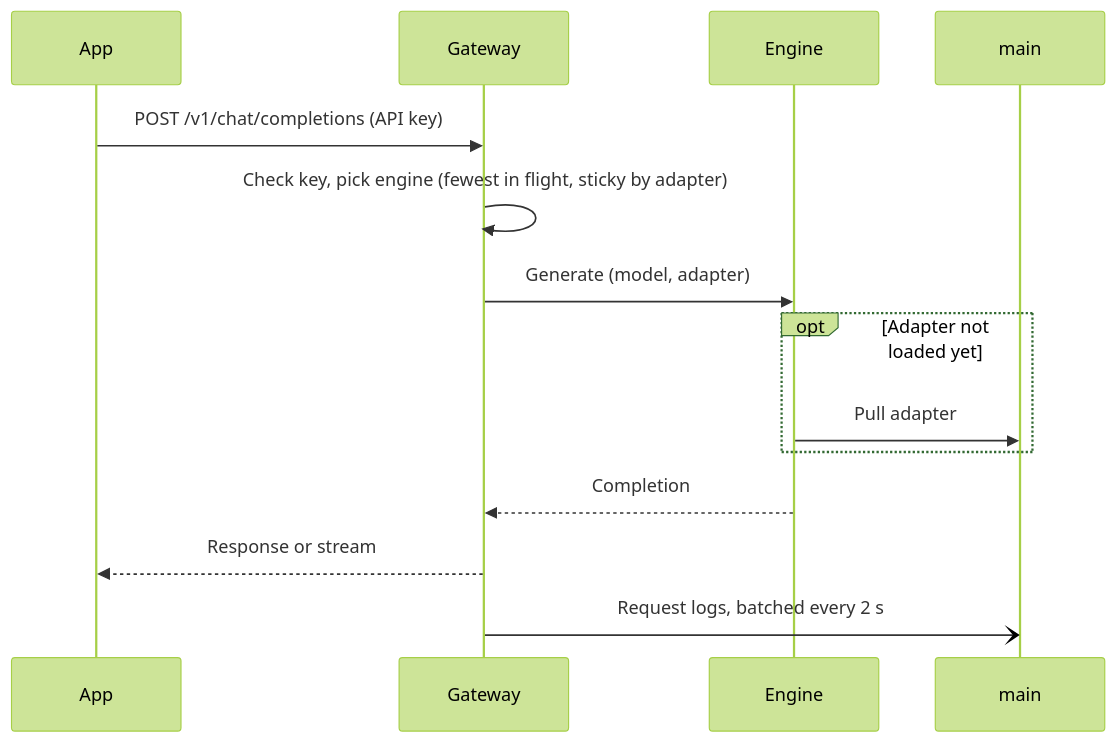
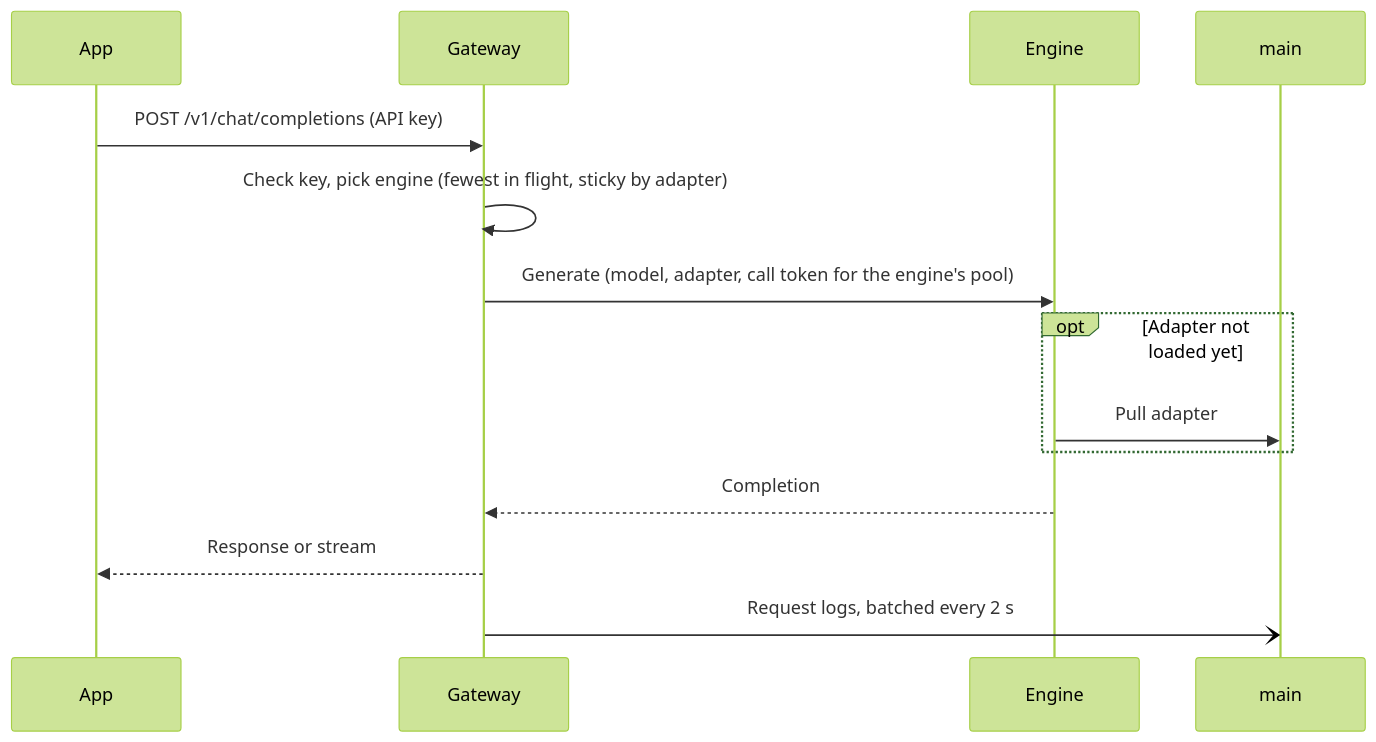
One commit to getminibrain/minibrain changed the second of 5 diagrams in docs/reference/how-serving-works.md. Above: the diagram before and after it, drawn with Mermaid (forest theme). The commit also changed other lines of this file and 30 other files, not shown here.

First line of the commit message:
fix(serving): engines answer only main and gateways holding their pool's call token

````diff
--- a/docs/reference/how-serving-works.md
+++ b/docs/reference/how-serving-works.md
@@ -97,16 +97,16 @@
 ```mermaid
 sequenceDiagram
     participant App
     participant GW as Gateway
     participant EN as Engine
     participant MA as main
     App->>GW: POST /v1/chat/completions (API key)
     GW->>GW: Check key, pick engine (fewest in flight, sticky by adapter)
-    GW->>EN: Generate (model, adapter)
+    GW->>EN: Generate (model, adapter, call token for the engine's pool)
     opt Adapter not loaded yet
         EN->>MA: Pull adapter
     end
     EN-->>GW: Completion
     GW-->>App: Response or stream
     GW-)MA: Request logs, batched every 2 s
 ```
````
